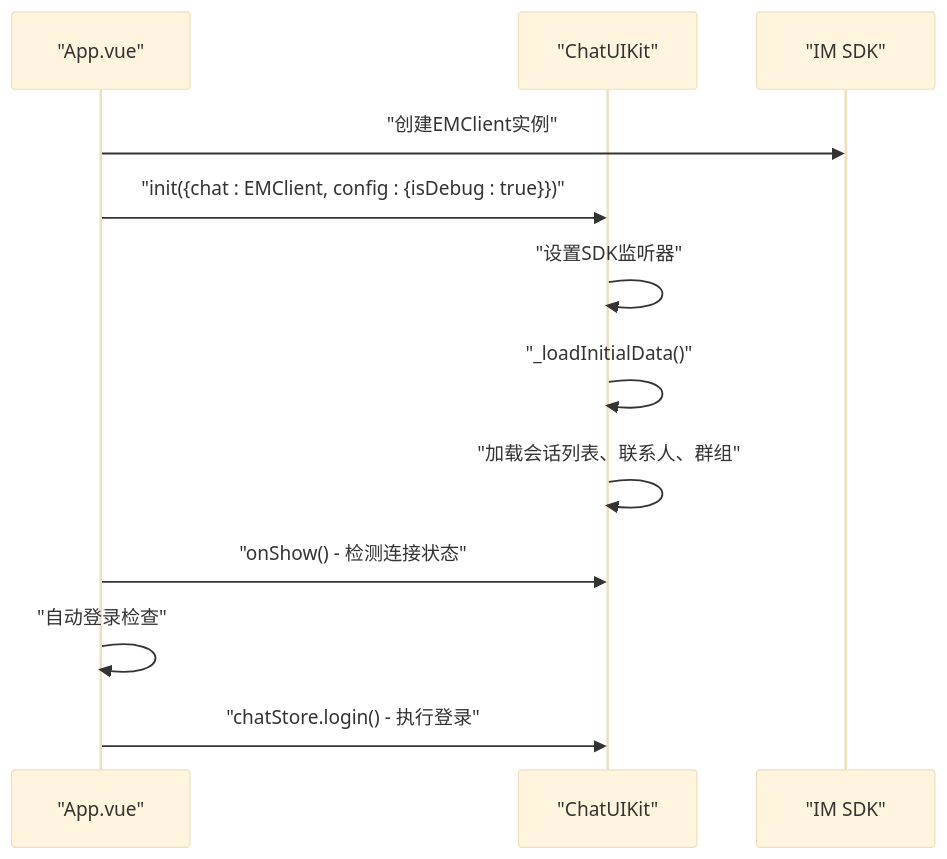
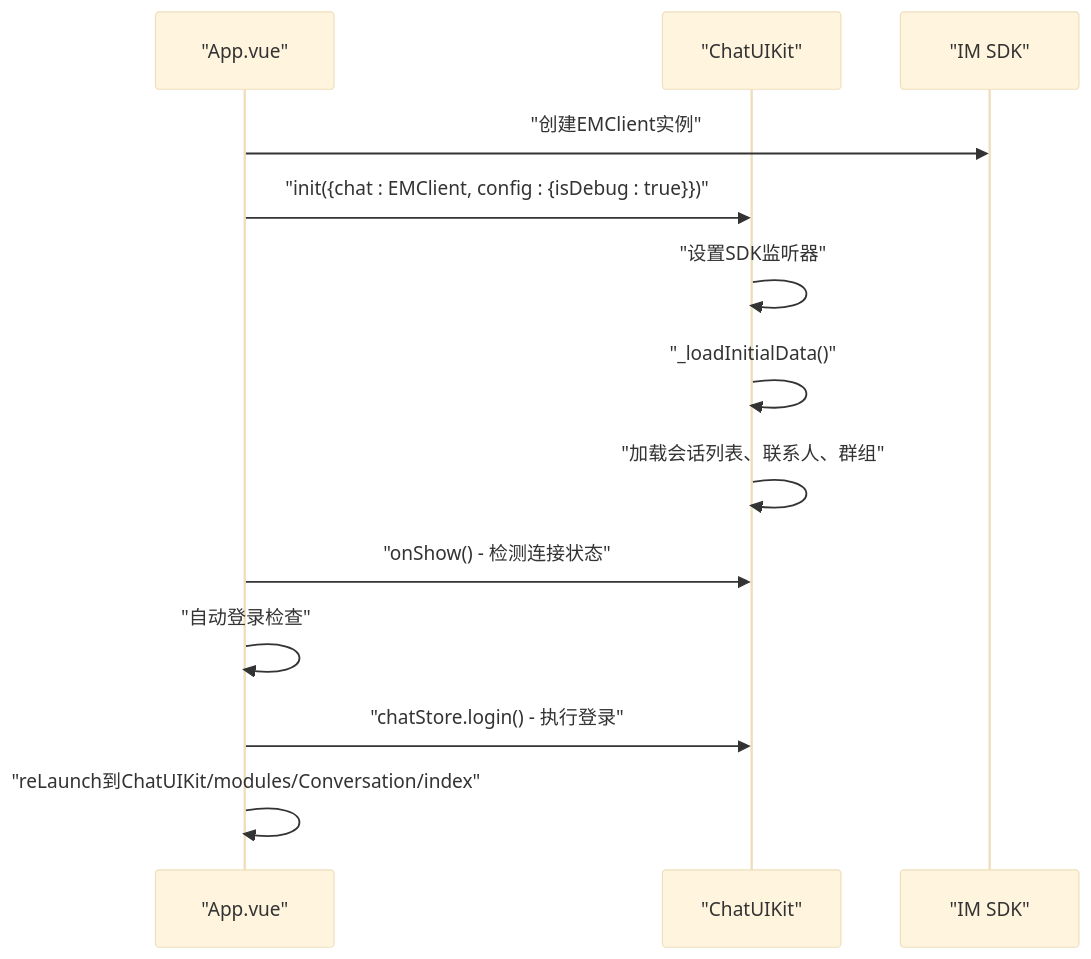
Before and after one commit to Easemob-Community/easemob-uikit-uniapp-community: the third of 6 diagrams in .qoder/repowiki/zh/content/示例应用/示例应用概览.md, drawn with Mermaid (base theme). The commit also changed other lines of this file and 8 other files, not shown here.

````diff
--- a/.qoder/repowiki/zh/content/示例应用/示例应用概览.md
+++ b/.qoder/repowiki/zh/content/示例应用/示例应用概览.md
@@ -149,14 +134,15 @@
 ```mermaid
 sequenceDiagram
 participant App as "App.vue"
 participant ChatUIKit as "ChatUIKit"
 participant IM as "IM SDK"
 App->>IM : "创建EMClient实例"
 App->>ChatUIKit : "init({chat : EMClient, config : {isDebug : true}})"
 ChatUIKit->>ChatUIKit : "设置SDK监听器"
 ChatUIKit->>ChatUIKit : "_loadInitialData()"
 ChatUIKit->>ChatUIKit : "加载会话列表、联系人、群组"
 App->>ChatUIKit : "onShow() - 检测连接状态"
 App->>App : "自动登录检查"
 App->>ChatUIKit : "chatStore.login() - 执行登录"
+App->>App : "reLaunch到ChatUIKit/modules/Conversation/index"
 ```
````
